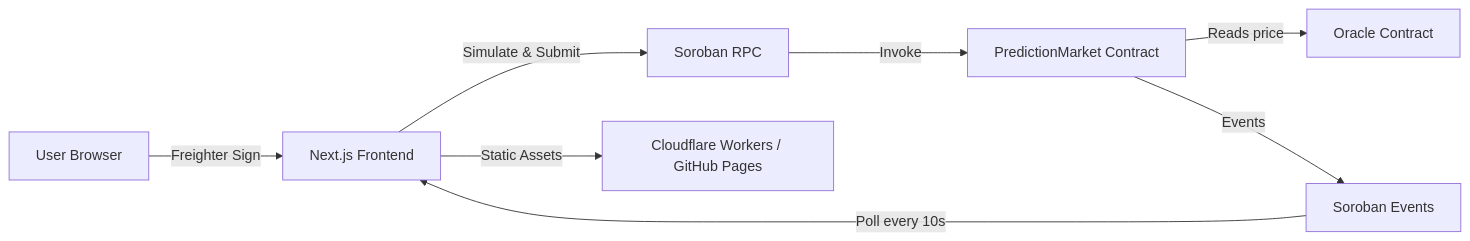
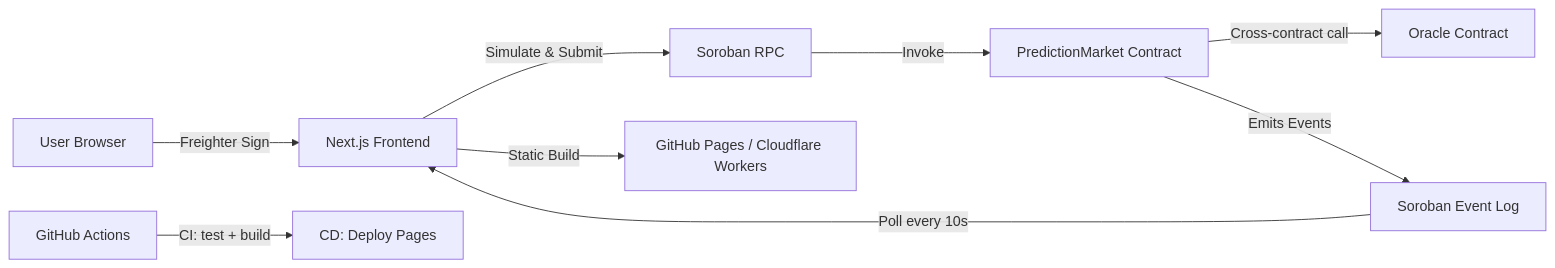
Before and after one commit to LIGHT-25/Prediction-Market-Platform: the diagram in README.md, drawn with Mermaid. The commit also changed other lines of this file and 1 other file, not shown here.

````diff
--- a/README.md
+++ b/README.md
@@ -114,10 +61,11 @@
 ```mermaid
 flowchart LR
     A[User Browser] -->|Freighter Sign| B[Next.js Frontend]
     B -->|Simulate & Submit| C[Soroban RPC]
     C -->|Invoke| D[PredictionMarket Contract]
-    D -->|Reads price| E[Oracle Contract]
-    D -->|Events| F[Soroban Events]
+    D -->|Cross-contract call| E[Oracle Contract]
+    D -->|Emits Events| F[Soroban Event Log]
     F -->|Poll every 10s| B
-    B -->|Static Assets| G[Cloudflare Workers / GitHub Pages]
+    B -->|Static Build| G[GitHub Pages / Cloudflare Workers]
+    H[GitHub Actions] -->|CI: test + build| I[CD: Deploy Pages]
 ```
````
